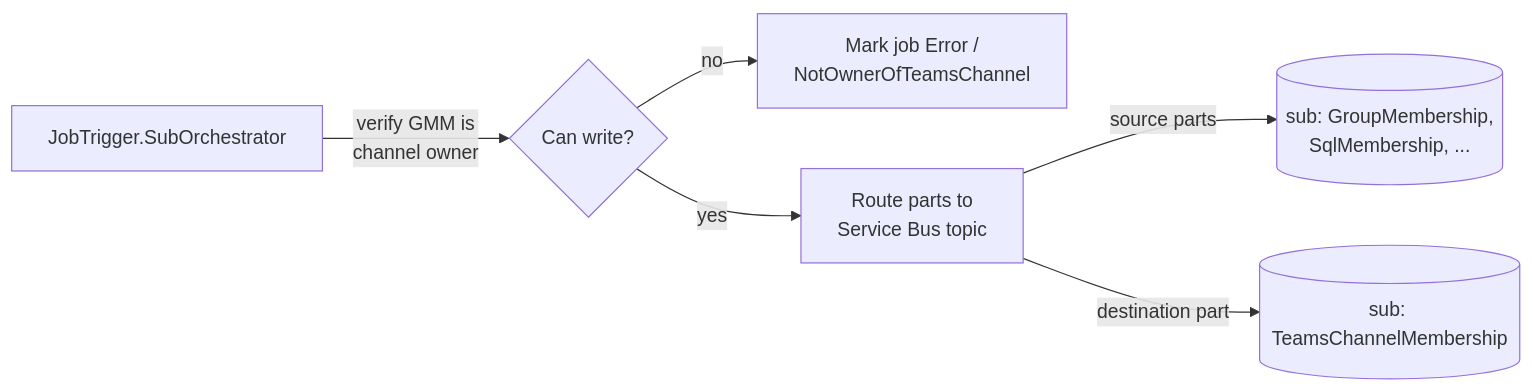
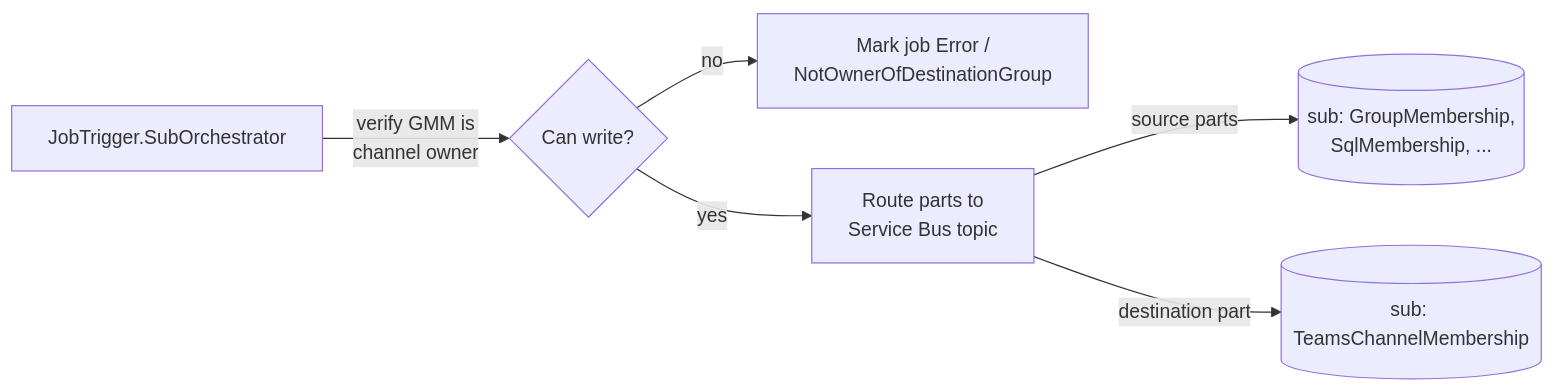
The second of 5 diagrams in Documentation/TeamsChannel/teamschannel-architecture.md (microsoftgraph/group-membership-management), drawn with Mermaid before and after one commit. The commit also changed other lines of this file and 1 other file, not shown here.

First line of the commit message:
Address PR review: clarify conditional owner check, fix status name, narrow paged-call cue

````diff
--- a/Documentation/TeamsChannel/teamschannel-architecture.md
+++ b/Documentation/TeamsChannel/teamschannel-architecture.md
@@ -73,8 +75,8 @@
 ```mermaid
 flowchart LR
     JT[JobTrigger.SubOrchestrator] -->|"verify GMM is<br/>channel owner"| CHK{Can write?}
-    CHK -->|no| ERR[Mark job Error /<br/>NotOwnerOfTeamsChannel]
+    CHK -->|no| ERR[Mark job Error /<br/>NotOwnerOfDestinationGroup]
     CHK -->|yes| ROUTE[Route parts to<br/>Service Bus topic]
     ROUTE -->|source parts| SUBSRC[(sub: GroupMembership,<br/>SqlMembership, ...)]
     ROUTE -->|destination part| SUBDST[(sub: TeamsChannelMembership)]
 ```
````
